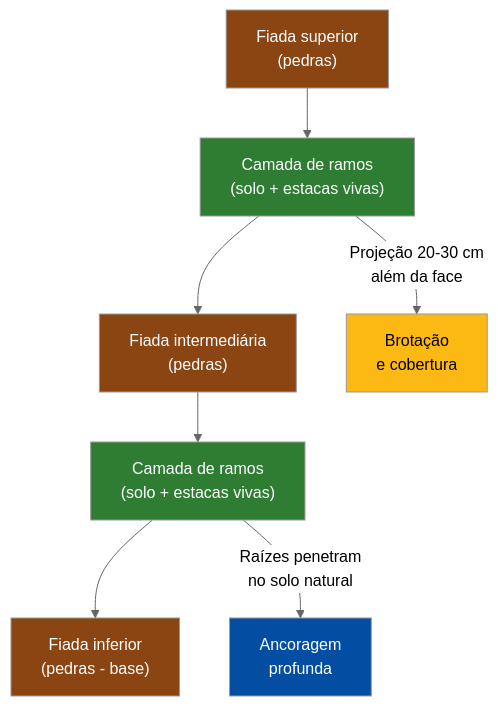
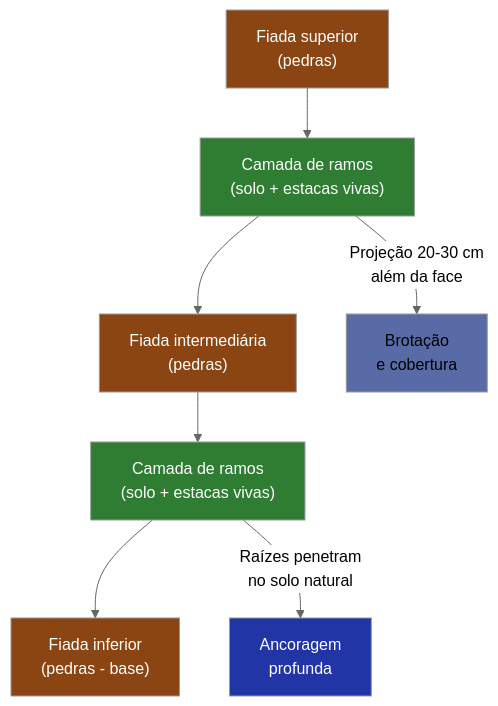
One commit to ldvsantos/cv changed the third of 6 diagrams in aulas/bioengenharia_de_solos/aulas/gabiao_vivo/gabiao_vivo.qmd. Above: the diagram before and after it, drawn with Mermaid (neutral theme). The commit also changed other lines of this file and 466 other files, not shown here.

````diff
--- a/aulas/bioengenharia_de_solos/aulas/gabiao_vivo/gabiao_vivo.qmd
+++ b/aulas/bioengenharia_de_solos/aulas/gabiao_vivo/gabiao_vivo.qmd
@@ -363,17 +361,17 @@
 ```{mermaid}
 %%| fig-width: 5.5
 graph TD
     A["Fiada superior<br>(pedras)"] --> B["Camada de ramos<br>(solo + estacas vivas)"]
     B --> C["Fiada intermediária<br>(pedras)"]
     C --> D["Camada de ramos<br>(solo + estacas vivas)"]
     D --> E["Fiada inferior<br>(pedras - base)"]
     B -->|"Projeção 20-30 cm<br>além da face"| F["Brotação<br>e cobertura"]
     D -->|"Raízes penetram<br>no solo natural"| G["Ancoragem<br>profunda"]
     style A fill:#8B4513,color:#fff
     style B fill:#2E7D32,color:#fff
     style C fill:#8B4513,color:#fff
     style D fill:#2E7D32,color:#fff
     style E fill:#8B4513,color:#fff
-    style F fill:#FDB913,color:#000
-    style G fill:#034EA2,color:#fff
+    style F fill:#586BA6,color:#000
+    style G fill:#2135A6,color:#fff
 ```
````
